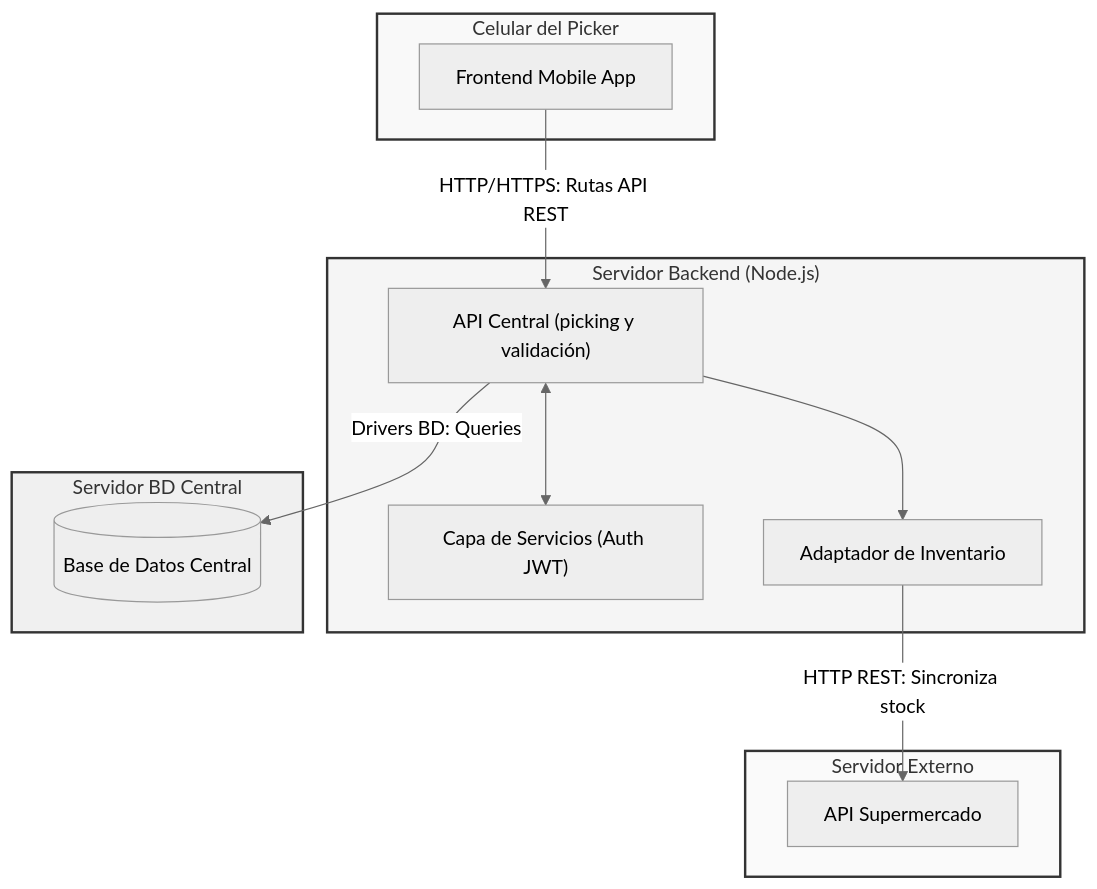
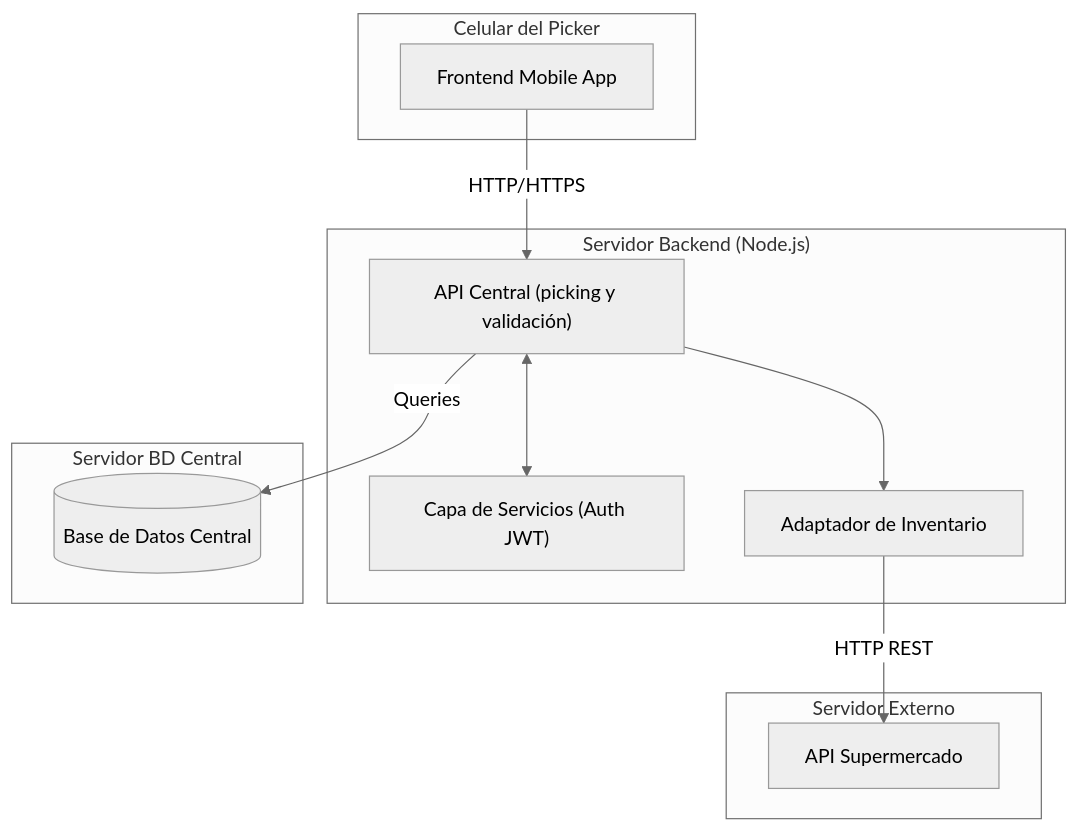
The first of 3 diagrams in DiseñoArquitectonico.md (Ecfastin/Zurtia-project), drawn with Mermaid (neutral theme) before and after one commit. The commit also changed other lines of this file, not shown here.

````diff
--- a/DiseñoArquitectonico.md
+++ b/DiseñoArquitectonico.md
@@ -59,33 +59,26 @@
 ```mermaid
 graph TD
     subgraph CelularPicker ["Celular del Picker"]
         FrontendApp["Frontend Mobile App"]
     end
 
     subgraph ServidorBackend ["Servidor Backend (Node.js)"]
         APICentral["API Central (picking y validación)"]
         ModuloAuth["Capa de Servicios (Auth JWT)"]
         Adaptador["Adaptador de Inventario"]
     end
 
     subgraph ServidorBD ["Servidor BD Central"]
         DBLocal[("Base de Datos Central")]
     end
 
     subgraph ServidorExterno ["Servidor Externo"]
         APISupermercado["API Supermercado"]
     end
 
-    %% Conexiones y Protocolos
-    FrontendApp -->|HTTP/HTTPS: Rutas API REST| APICentral
+    FrontendApp -->|HTTP/HTTPS| APICentral
     APICentral <--> ModuloAuth
-    APICentral -->|Drivers BD: Queries| DBLocal
+    APICentral -->|Queries| DBLocal
     APICentral --> Adaptador
-    Adaptador -->|HTTP REST: Sincroniza stock| APISupermercado
-
-    %% Estilos para que no se vea feo
-    style CelularPicker fill:#f9f9f9,stroke:#333,stroke-width:2px
-    style ServidorBackend fill:#f5f5f5,stroke:#333,stroke-width:2px
-    style ServidorBD fill:#f0f0f0,stroke:#333,stroke-width:2px
-    style ServidorExterno fill:#fafafa,stroke:#333,stroke-width:2px
+    Adaptador -->|HTTP REST| APISupermercado
 ```
````
